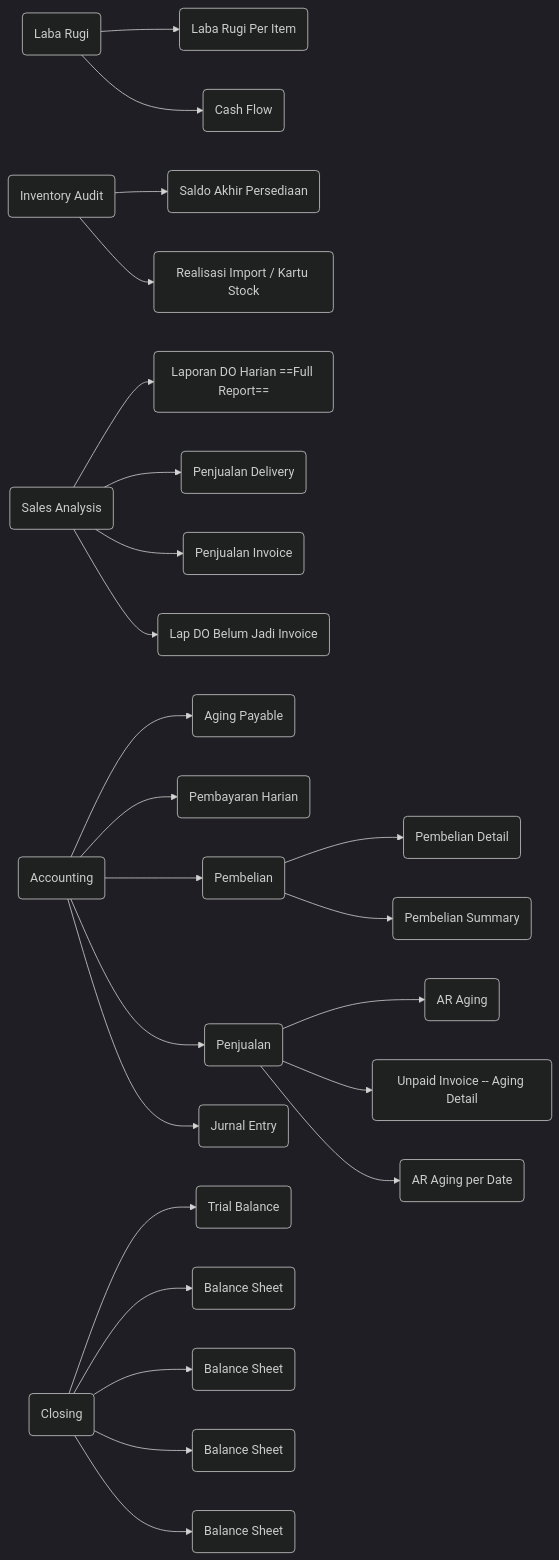
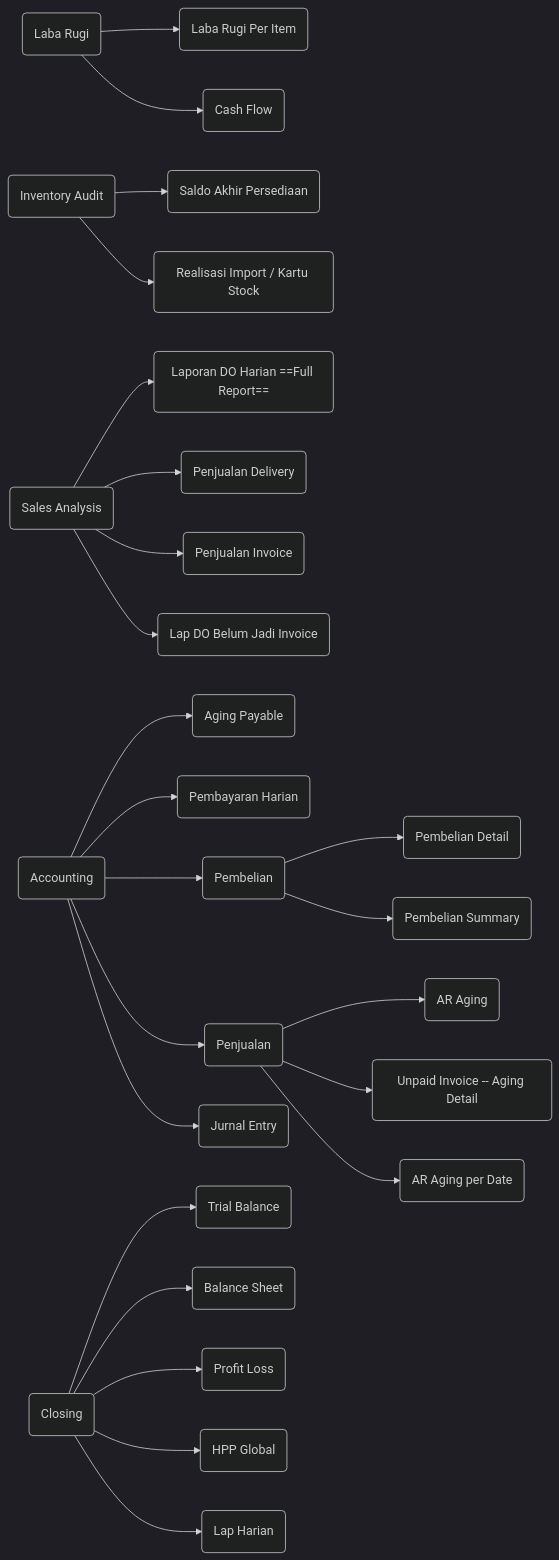
One commit to andyut/cnw_doc changed the second of 2 diagrams in cnw_awr28_doc.md. Above: the diagram before and after it, drawn with Mermaid (dark theme). The commit also changed other lines of this file, not shown here.

````diff
--- a/cnw_awr28_doc.md
+++ b/cnw_awr28_doc.md
@@ -17,32 +25,32 @@
 ```mermaid
 graph LR
 A(Laba Rugi) --> A1(Laba Rugi Per Item)
 A --> A2(Cash Flow)
 
 B(Inventory Audit) --> B1(Saldo Akhir Persediaan)
 B --> B2(Realisasi Import / Kartu Stock)
 
 C(Sales Analysis) --> C1(Laporan DO Harian ==Full Report==)
 C --> C2(Penjualan Delivery)
 C --> C3(Penjualan Invoice)
 C --> C4(Lap DO Belum Jadi Invoice)
 
 D(Accounting) --> D1(Aging Payable)
 D --> D2(Pembayaran Harian)
 D --> D3(Pembelian)
 D3 --> D3a(Pembelian Detail)
 D3 --> D3b(Pembelian Summary)
 
 D --> D4(Penjualan)
 D4 --> D4a(AR Aging)
 D4 --> D4b(Unpaid Invoice -- Aging Detail)
 D4 --> D4c(AR Aging per Date)
 D --> D5(Jurnal Entry)
 
 E(Closing) --> E1(Trial Balance)
 E --> E2(Balance Sheet)
-E --> E3(Balance Sheet)
-E --> E4(Balance Sheet)
-E --> E5(Balance Sheet)
+E --> E3(Profit Loss)
+E --> E4(HPP Global)
+E --> E5(Lap Harian)
 
 ```
````
